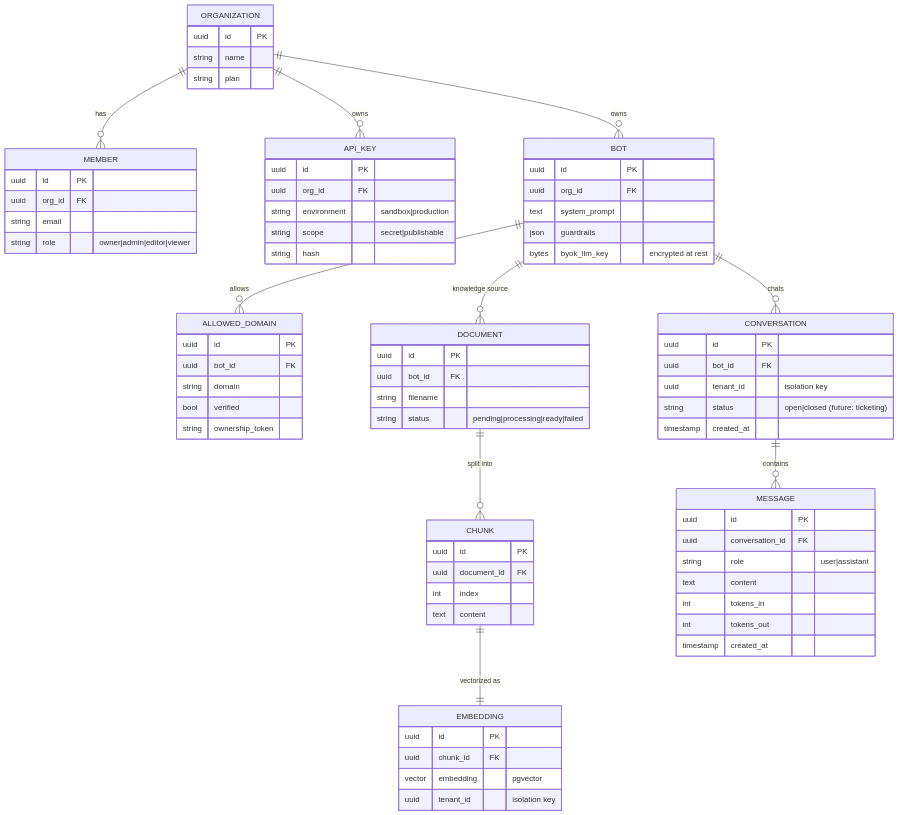
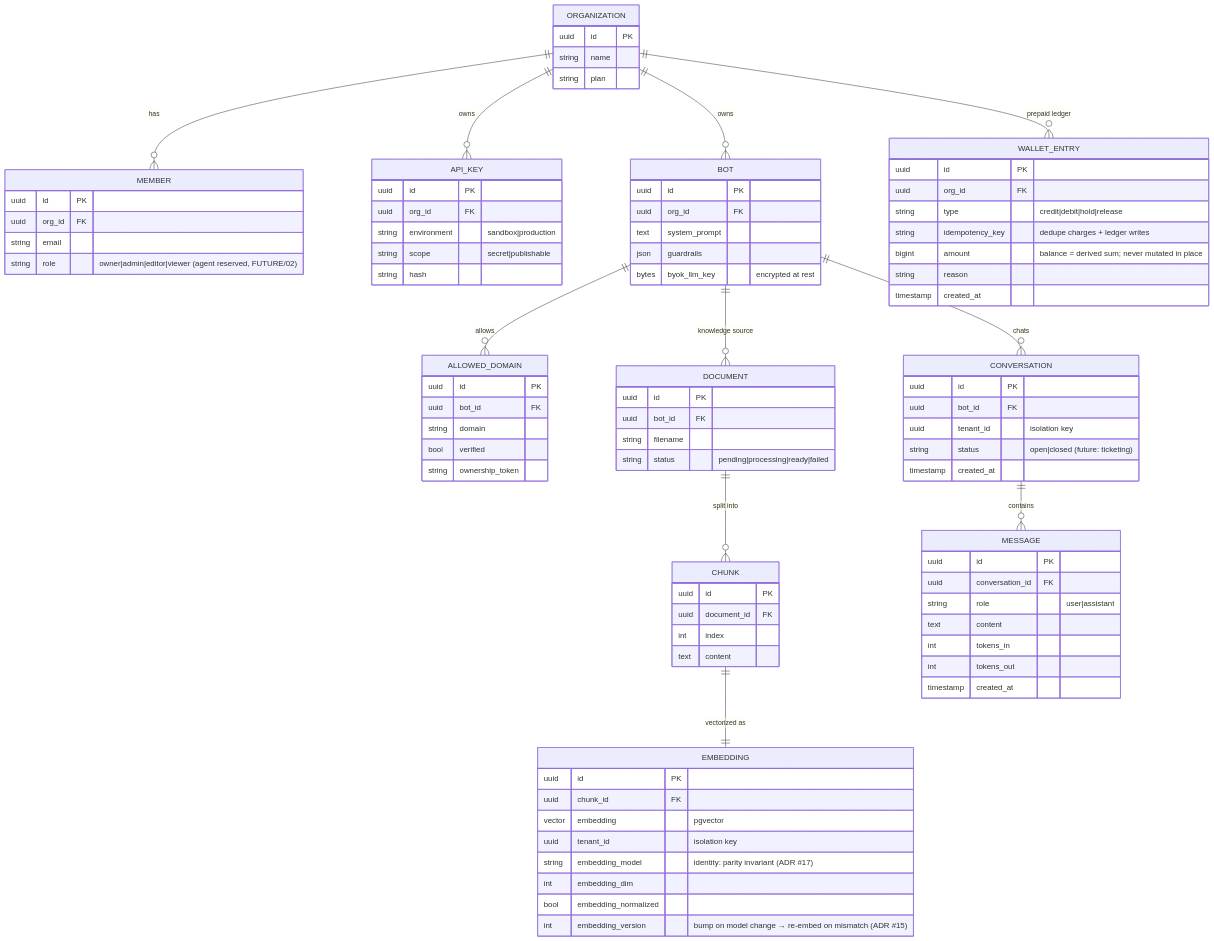
The second of 6 diagrams in @todo/SAAS-CHATBOT/ARCHITECTURE.md (gabemule/ai-tests), drawn with Mermaid before and after one commit. The commit also changed other lines of this file and 50 other files, not shown here.

````diff
--- a/@todo/SAAS-CHATBOT/ARCHITECTURE.md
+++ b/@todo/SAAS-CHATBOT/ARCHITECTURE.md
@@ -109,13 +109,13 @@
     ORGANIZATION ||--o{ MEMBER : has
     ORGANIZATION ||--o{ API_KEY : owns
     ORGANIZATION ||--o{ BOT : owns
+    ORGANIZATION ||--o{ WALLET_ENTRY : "prepaid ledger"
     BOT ||--o{ ALLOWED_DOMAIN : allows
     BOT ||--o{ DOCUMENT : "knowledge source"
     DOCUMENT ||--o{ CHUNK : "split into"
     CHUNK ||--|| EMBEDDING : "vectorized as"
     BOT ||--o{ CONVERSATION : "chats"
     CONVERSATION ||--o{ MESSAGE : "contains"
-
 
     ORGANIZATION {
         uuid id PK
@@ -126,7 +126,7 @@
         uuid id PK
         uuid org_id FK
         string email
-        string role "owner|admin|editor|viewer"
+        string role "owner|admin|editor|viewer (agent reserved, FUTURE/02)"
     }
     API_KEY {
         uuid id PK
@@ -166,6 +166,10 @@
         uuid chunk_id FK
         vector embedding "pgvector"
         uuid tenant_id "isolation key"
+        string embedding_model "identity: parity invariant (ADR #17)"
+        int embedding_dim
+        bool embedding_normalized
+        int embedding_version "bump on model change → re-embed on mismatch (ADR #15)"
     }
     CONVERSATION {
         uuid id PK
@@ -183,4 +187,13 @@
         int tokens_out
         timestamp created_at
     }
+    WALLET_ENTRY {
+        uuid id PK
+        uuid org_id FK
+        string type "credit|debit|hold|release"
+        string idempotency_key "dedupe charges + ledger writes"
+        bigint amount "balance = derived sum; never mutated in place"
+        string reason
+        timestamp created_at
+    }
 ```
````
